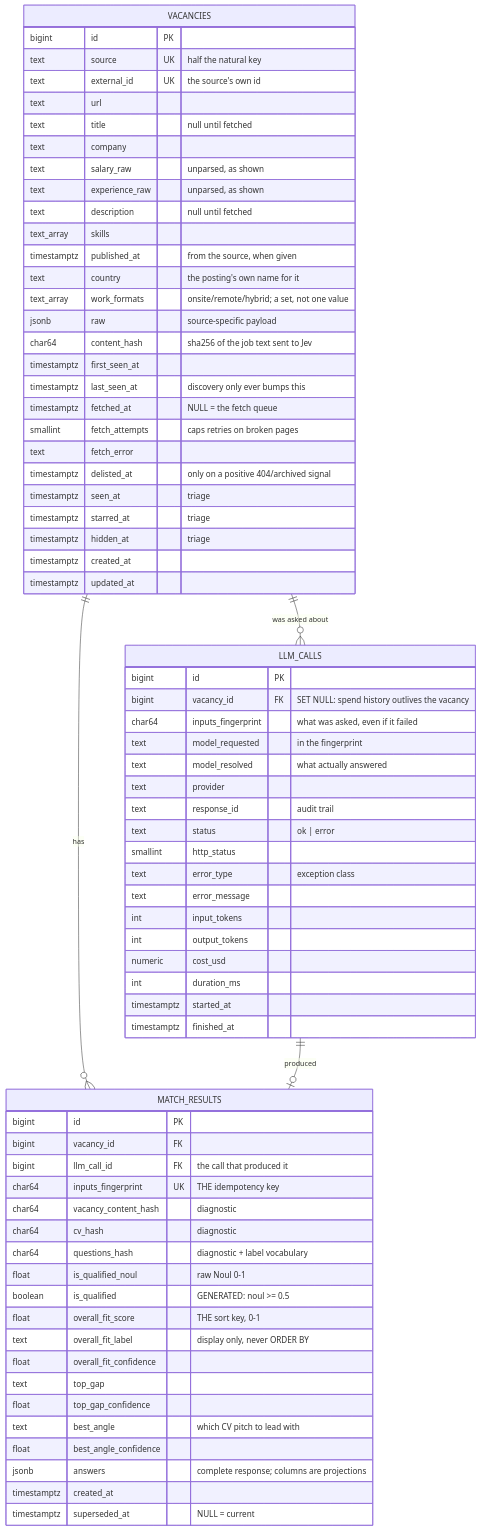
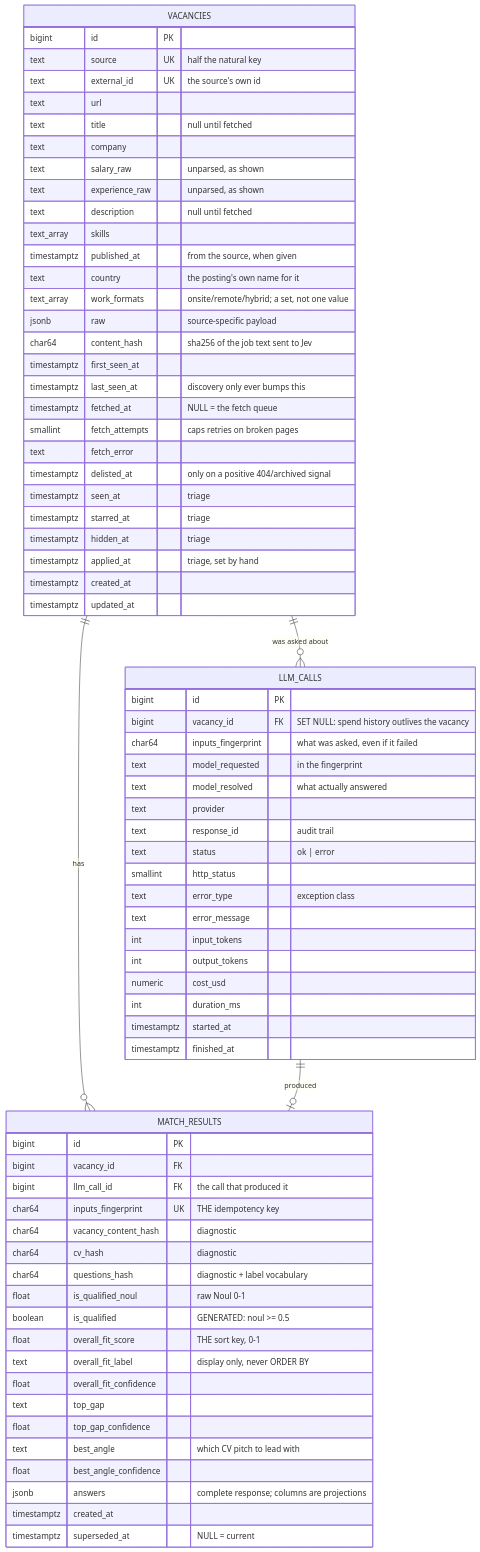
One commit to svetazol/jobmatch changed the diagram in docs/architecture.md. Above: the diagram before and after it, drawn with Mermaid. The commit also changed other lines of this file and 12 other files, not shown here.

````diff
--- a/docs/architecture.md
+++ b/docs/architecture.md
@@ -67,77 +67,78 @@
 ```mermaid
 erDiagram
     VACANCIES ||--o{ LLM_CALLS : "was asked about"
     VACANCIES ||--o{ MATCH_RESULTS : "has"
     LLM_CALLS ||--o| MATCH_RESULTS : "produced"
 
     VACANCIES {
         bigint id PK
         text source UK "half the natural key"
         text external_id UK "the source's own id"
         text url
         text title "null until fetched"
         text company
         text salary_raw "unparsed, as shown"
         text experience_raw "unparsed, as shown"
         text description "null until fetched"
         text_array skills
         timestamptz published_at "from the source, when given"
         text country "the posting's own name for it"
         text_array work_formats "onsite/remote/hybrid; a set, not one value"
         jsonb raw "source-specific payload"
         char64 content_hash "sha256 of the job text sent to Jev"
         timestamptz first_seen_at
         timestamptz last_seen_at "discovery only ever bumps this"
         timestamptz fetched_at "NULL = the fetch queue"
         smallint fetch_attempts "caps retries on broken pages"
         text fetch_error
         timestamptz delisted_at "only on a positive 404/archived signal"
         timestamptz seen_at "triage"
         timestamptz starred_at "triage"
         timestamptz hidden_at "triage"
+        timestamptz applied_at "triage, set by hand"
         timestamptz created_at
         timestamptz updated_at
     }
 
     MATCH_RESULTS {
         bigint id PK
         bigint vacancy_id FK
         bigint llm_call_id FK "the call that produced it"
         char64 inputs_fingerprint UK "THE idempotency key"
         char64 vacancy_content_hash "diagnostic"
         char64 cv_hash "diagnostic"
         char64 questions_hash "diagnostic + label vocabulary"
         float is_qualified_noul "raw Noul 0-1"
         boolean is_qualified "GENERATED: noul >= 0.5"
         float overall_fit_score "THE sort key, 0-1"
         text overall_fit_label "display only, never ORDER BY"
         float overall_fit_confidence
         text top_gap
         float top_gap_confidence
         text best_angle "which CV pitch to lead with"
         float best_angle_confidence
         jsonb answers "complete response; columns are projections"
         timestamptz created_at
         timestamptz superseded_at "NULL = current"
     }
 
     LLM_CALLS {
         bigint id PK
         bigint vacancy_id FK "SET NULL: spend history outlives the vacancy"
         char64 inputs_fingerprint "what was asked, even if it failed"
         text model_requested "in the fingerprint"
         text model_resolved "what actually answered"
         text provider
         text response_id "audit trail"
         text status "ok | error"
         smallint http_status
         text error_type "exception class"
         text error_message
         int input_tokens
         int output_tokens
         numeric cost_usd
         int duration_ms
         timestamptz started_at
         timestamptz finished_at
     }
 ```
````
